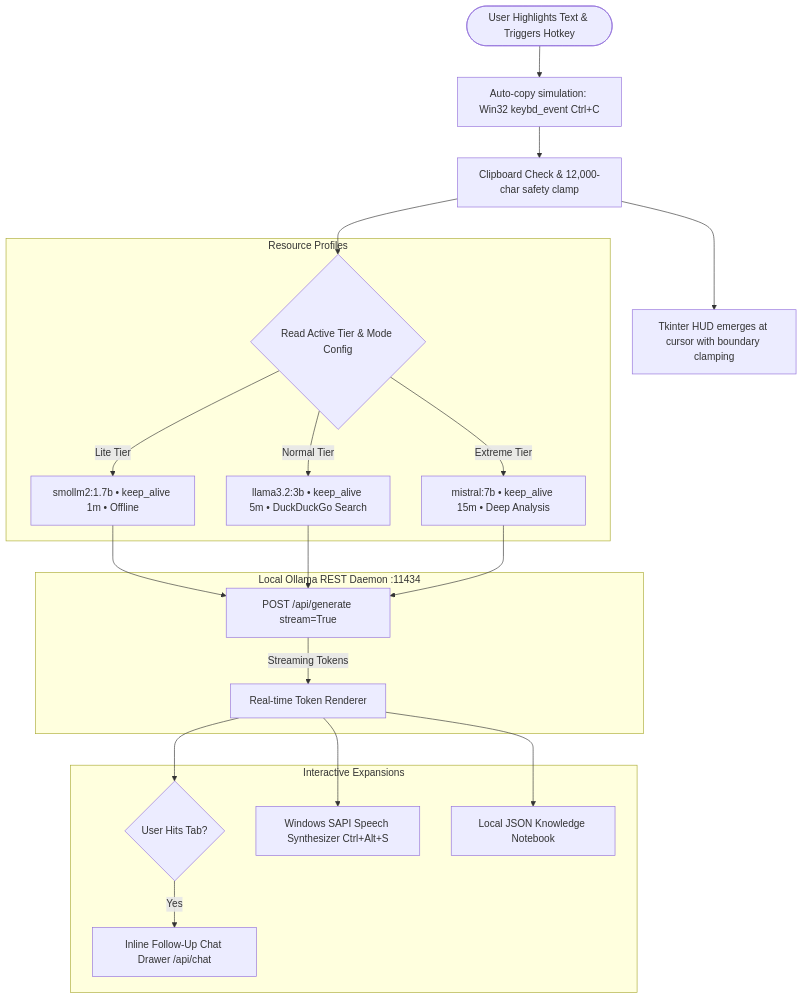
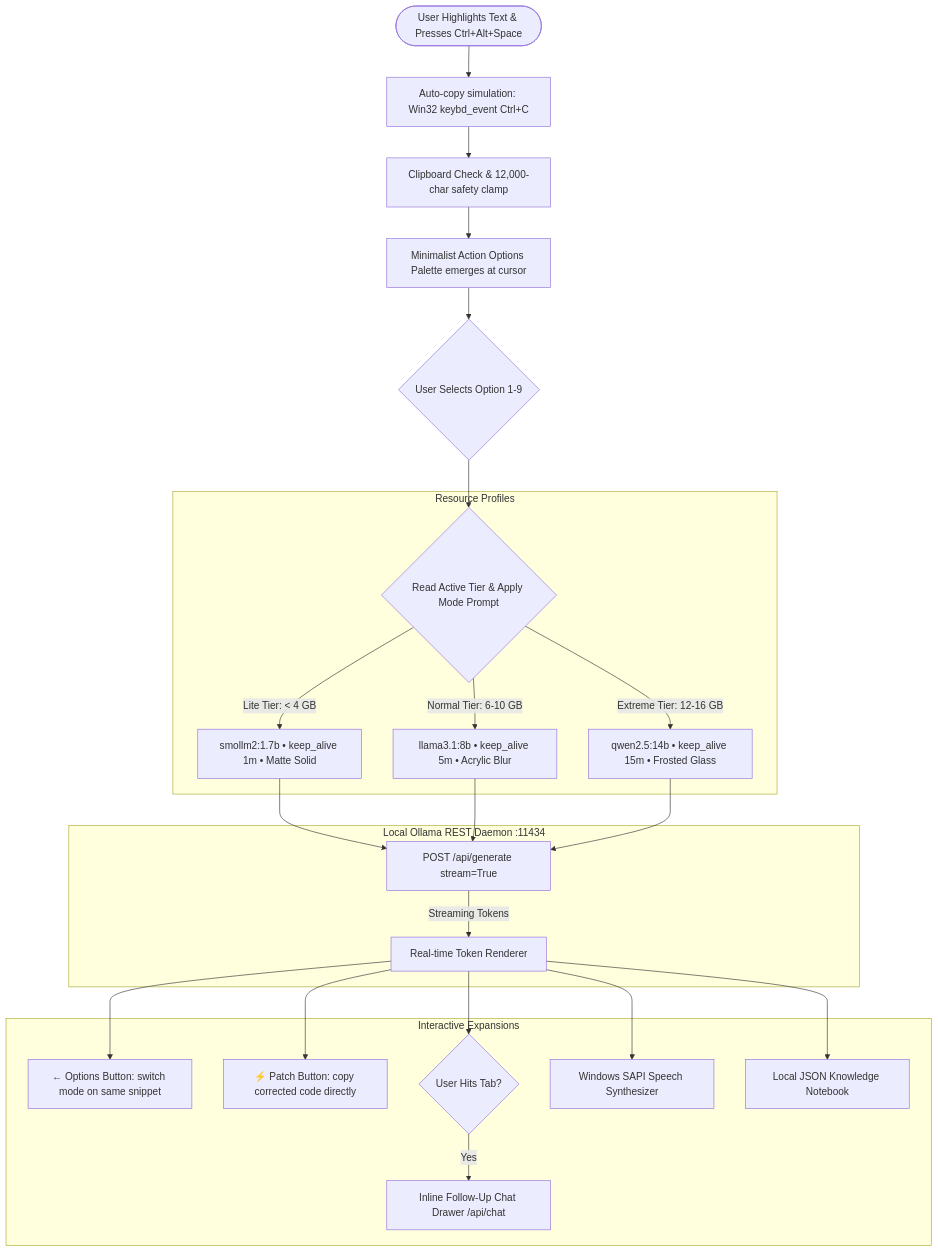
One commit to JishnuuUwU/wat-this changed the diagram in README.md. Above: the diagram before and after it, drawn with Mermaid. The commit also changed other lines of this file and 8 other files, not shown here.

````diff
--- a/README.md
+++ b/README.md
@@ -53,27 +78,30 @@
 ```mermaid
 flowchart TD
-    User([User Highlights Text & Triggers Hotkey]) --> AutoCopy[Auto-copy simulation: Win32 keybd_event Ctrl+C]
+    User([User Highlights Text & Presses Ctrl+Alt+Space]) --> AutoCopy[Auto-copy simulation: Win32 keybd_event Ctrl+C]
     AutoCopy --> InputGate[Clipboard Check & 12,000-char safety clamp]
-    InputGate --> UI_Launch[Tkinter HUD emerges at cursor with boundary clamping]
-    InputGate --> EngineRouter{Read Active Tier & Mode Config}
+    InputGate --> ActionPalette[Minimalist Action Options Palette emerges at cursor]
+    ActionPalette --> KeyPress{User Selects Option 1-9}
+    KeyPress --> EngineRouter{Read Active Tier & Apply Mode Prompt}
     
     subgraph Tier_Profiles["Resource Profiles"]
-        EngineRouter -->|Lite Tier| LiteExec[smollm2:1.7b • keep_alive 1m • Offline]
-        EngineRouter -->|Normal Tier| NormExec[llama3.2:3b • keep_alive 5m • DuckDuckGo Search]
-        EngineRouter -->|Extreme Tier| ExtExec[mistral:7b • keep_alive 15m • Deep Analysis]
+        EngineRouter -->|Lite Tier: < 4 GB| LiteExec[smollm2:1.7b • keep_alive 1m • Matte Solid]
+        EngineRouter -->|Normal Tier: 6-10 GB| NormExec[llama3.1:8b • keep_alive 5m • Acrylic Blur]
+        EngineRouter -->|Extreme Tier: 12-16 GB| ExtExec[qwen2.5:14b • keep_alive 15m • Frosted Glass]
     end
 
     subgraph Streaming_Engine["Local Ollama REST Daemon :11434"]
         LiteExec --> API[POST /api/generate stream=True]
         NormExec --> API
         ExtExec --> API
         API -->|Streaming Tokens| CardRender[Real-time Token Renderer]
     end
 
     subgraph Extensions["Interactive Expansions"]
+        CardRender --> SwitchBack[← Options Button: switch mode on same snippet]
+        CardRender --> PatchBtn[⚡ Patch Button: copy corrected code directly]
         CardRender --> TabKey{User Hits Tab?}
         TabKey -->|Yes| InlineChat[Inline Follow-Up Chat Drawer /api/chat]
-        CardRender --> TTSAudio[Windows SAPI Speech Synthesizer Ctrl+Alt+S]
+        CardRender --> TTSAudio[Windows SAPI Speech Synthesizer]
         CardRender --> HistoryLog[Local JSON Knowledge Notebook]
     end
 ```
````
